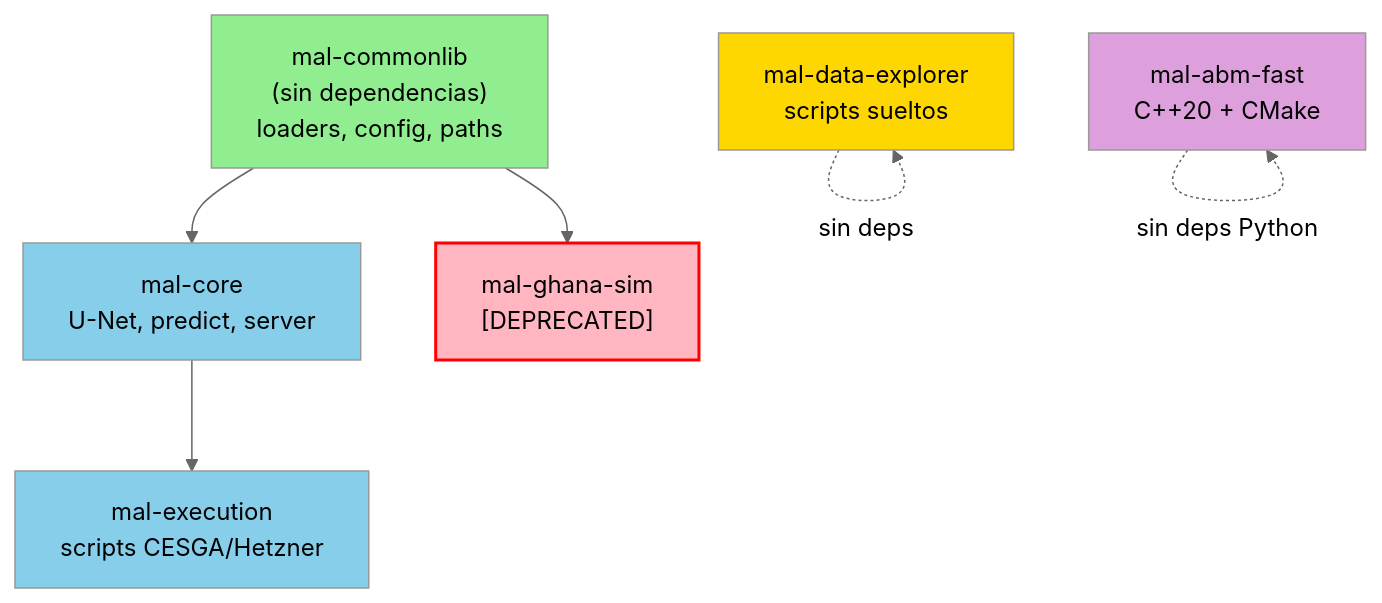
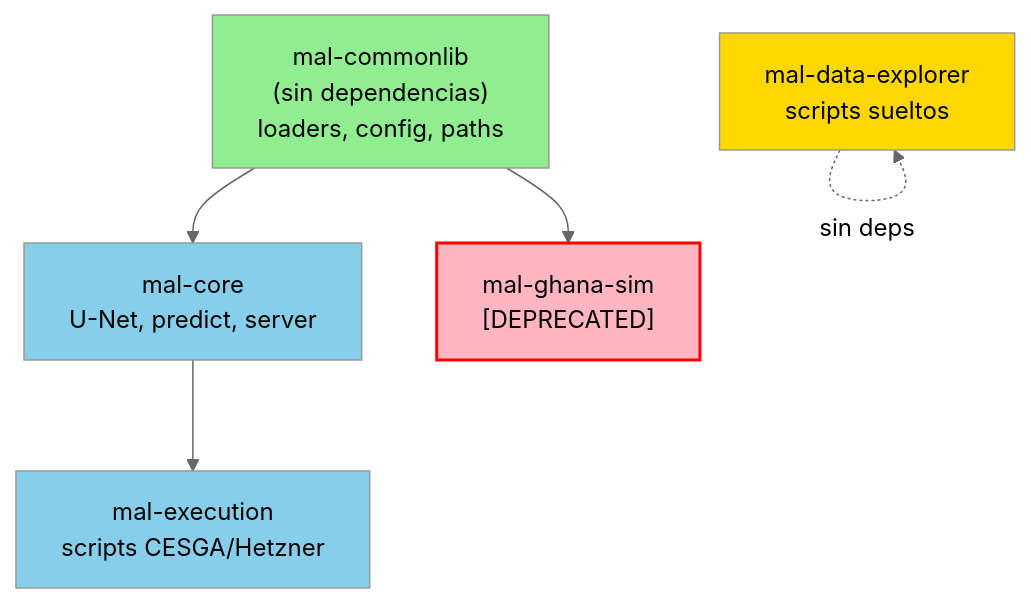
The third of 14 diagrams in docs/system-status.md (ANFAIA/MalariaSentinel), drawn with Mermaid (neutral theme) before and after one commit. The commit also changed other lines of this file and 6 other files, not shown here.

````diff
--- a/docs/system-status.md
+++ b/docs/system-status.md
@@ -88,23 +87,20 @@
 ```mermaid
 graph TB
     CL["mal-commonlib<br/>(sin dependencias)<br/>loaders, config, paths"]
     MC["mal-core<br/>U-Net, predict, server"]
     ME["mal-execution<br/>scripts CESGA/Hetzner"]
     GS["mal-ghana-sim<br/>[DEPRECATED]"]
     DE["mal-data-explorer<br/>scripts sueltos"]
-    ABM["mal-abm-fast<br/>C++20 + CMake"]
 
     CL --> MC
     MC --> ME
     CL --> GS
 
     DE -.->|"sin deps"| DE
-    ABM -.->|"sin deps Python"| ABM
 
     style CL fill:#90EE90
     style MC fill:#87CEEB
     style ME fill:#87CEEB
     style GS fill:#FFB6C1,stroke:#FF0000,stroke-width:2px
     style DE fill:#FFD700
-    style ABM fill:#DDA0DD
 ```
````
